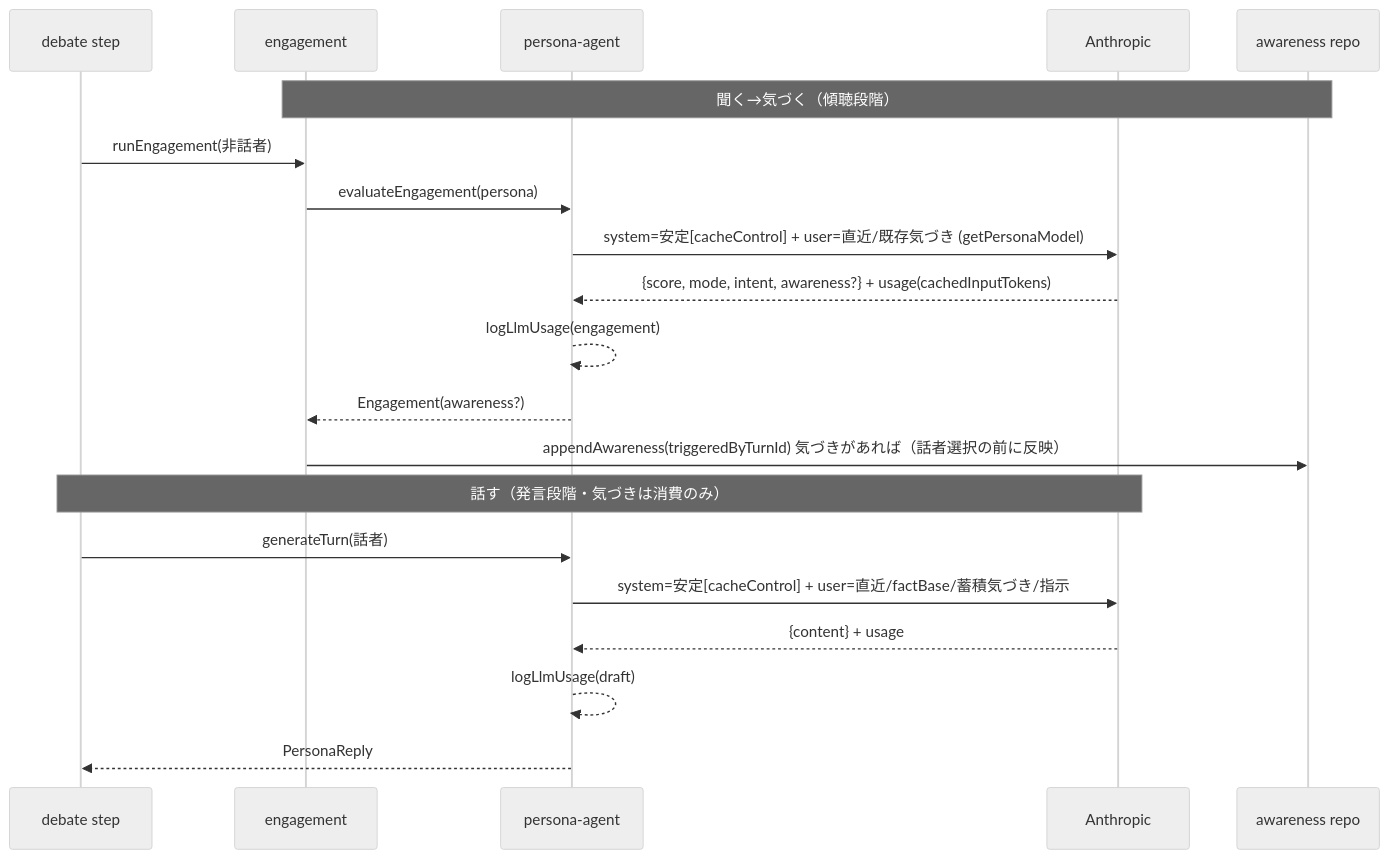
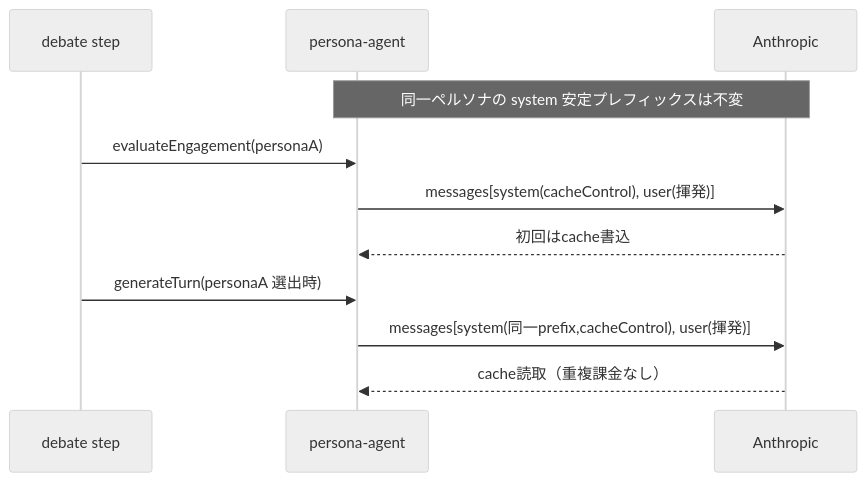
Before and after one commit to iyodatakashi/logotope: the second of 2 diagrams in .kiro/specs/debate-llm-cost-reduction/design.md, drawn with Mermaid (neutral theme). The commit also changed other lines of this file and 4 other files, not shown here.

````diff
--- a/.kiro/specs/debate-llm-cost-reduction/design.md
+++ b/.kiro/specs/debate-llm-cost-reduction/design.md
@@ -123,22 +91,13 @@
 ```mermaid
 sequenceDiagram
     participant Step as debate step
-    participant Eng as engagement
     participant PA as persona-agent
     participant AN as Anthropic
-    participant AW as awareness repo
-    Note over Eng,AW: 聞く→気づく（傾聴段階）
-    Step->>Eng: runEngagement(非話者)
-    Eng->>PA: evaluateEngagement(persona)
-    PA->>AN: system=安定[cacheControl] + user=直近/既存気づき (getPersonaModel)
-    AN-->>PA: {score, mode, intent, awareness?} + usage(cachedInputTokens)
-    PA-->>PA: logLlmUsage(engagement)
-    PA-->>Eng: Engagement(awareness?)
-    Eng->>AW: appendAwareness(triggeredByTurnId) 気づきがあれば（話者選択の前に反映）
-    Note over Step,AN: 話す（発言段階・気づきは消費のみ）
-    Step->>PA: generateTurn(話者)
-    PA->>AN: system=安定[cacheControl] + user=直近/factBase/蓄積気づき/指示
-    AN-->>PA: {content} + usage
-    PA-->>PA: logLlmUsage(draft)
-    PA-->>Step: PersonaReply
+    Note over PA,AN: 同一ペルソナの system 安定プレフィックスは不変
+    Step->>PA: evaluateEngagement(personaA)
+    PA->>AN: messages[system(cacheControl), user(揮発)]
+    AN-->>PA: 初回はcache書込
+    Step->>PA: generateTurn(personaA 選出時)
+    PA->>AN: messages[system(同一prefix,cacheControl), user(揮発)]
+    AN-->>PA: cache読取（重複課金なし）
 ```
````
